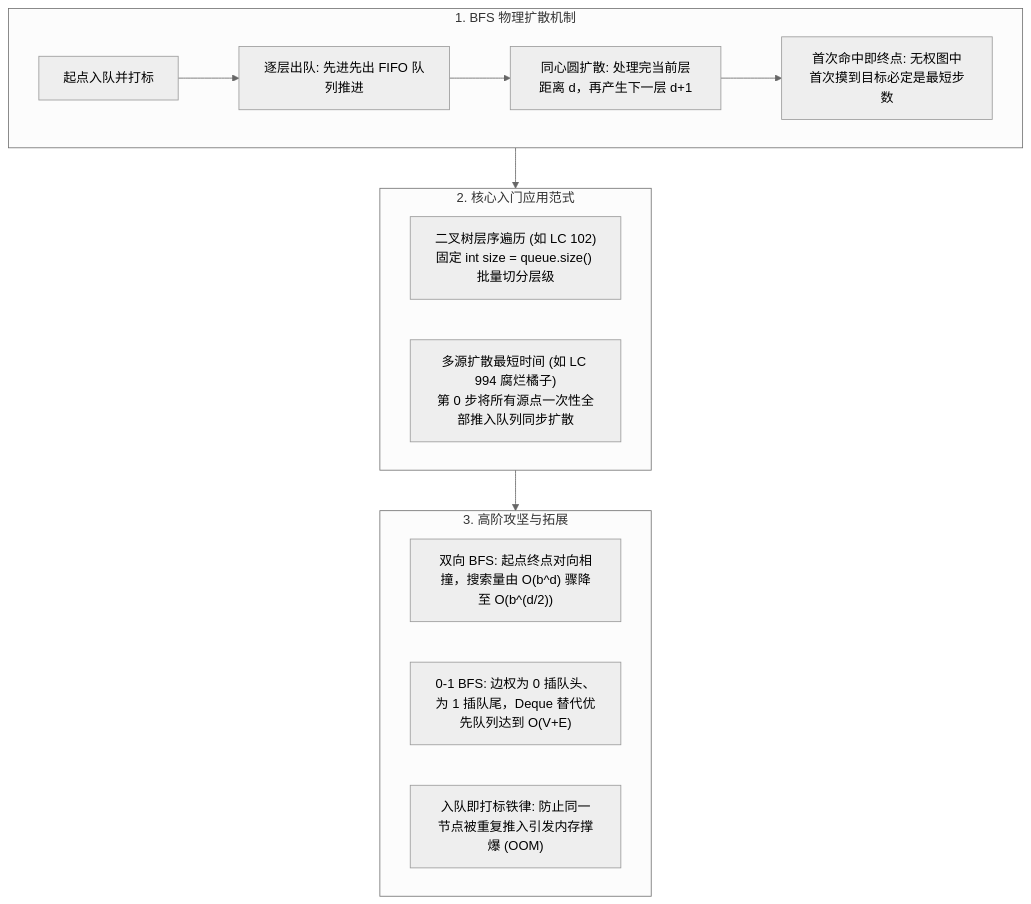
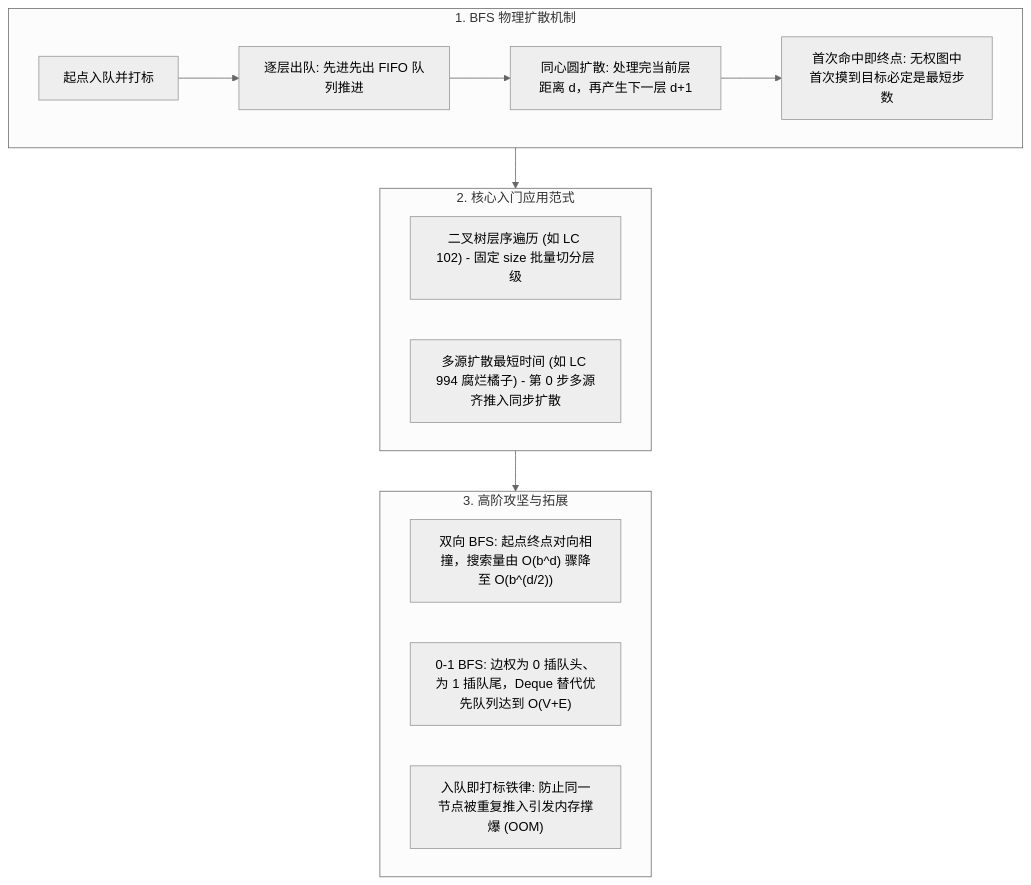
The diagram in 30-算法与数据结构/02-算法思想/07-BFS广度优先.md (GuoWWWX/knowledge-base), drawn with Mermaid (neutral theme) before and after one commit. The commit also changed 7 other files, not shown here.

````diff
--- a/30-算法与数据结构/02-算法思想/07-BFS广度优先.md
+++ b/30-算法与数据结构/02-算法思想/07-BFS广度优先.md
@@ -24,24 +24,22 @@
 ```mermaid
 flowchart TD
     subgraph CoreFlow["1. BFS 物理扩散机制"]
         A["起点入队并打标"] --> B["逐层出队: 先进先出 FIFO 队列推进"]
         B --> C["同心圆扩散: 处理完当前层距离 d，再产生下一层 d+1"]
         C --> D["首次命中即终点: 无权图中首次摸到目标必定是最短步数"]
     end
 
     subgraph TwoScenes["2. 核心入门应用范式"]
-        T1["二叉树层序遍历 (如 LC 102)
-固定 int size = queue.size() 批量切分层级"]
-        T2["多源扩散最短时间 (如 LC 994 腐烂橘子)
-第 0 步将所有源点一次性全部推入队列同步扩散"]
+        T1["二叉树层序遍历 (如 LC 102) - 固定 size 批量切分层级"]
+        T2["多源扩散最短时间 (如 LC 994 腐烂橘子) - 第 0 步多源齐推入同步扩散"]
     end
 
     subgraph Advanced["3. 高阶攻坚与拓展"]
         P1["双向 BFS: 起点终点对向相撞，搜索量由 O(b^d) 骤降至 O(b^(d/2))"]
         P2["0-1 BFS: 边权为 0 插队头、为 1 插队尾，Deque 替代优先队列达到 O(V+E)"]
         P3["入队即打标铁律: 防止同一节点被重复推入引发内存撑爆 (OOM)"]
     end
 
     CoreFlow --> TwoScenes
     TwoScenes --> Advanced
 ```
````
